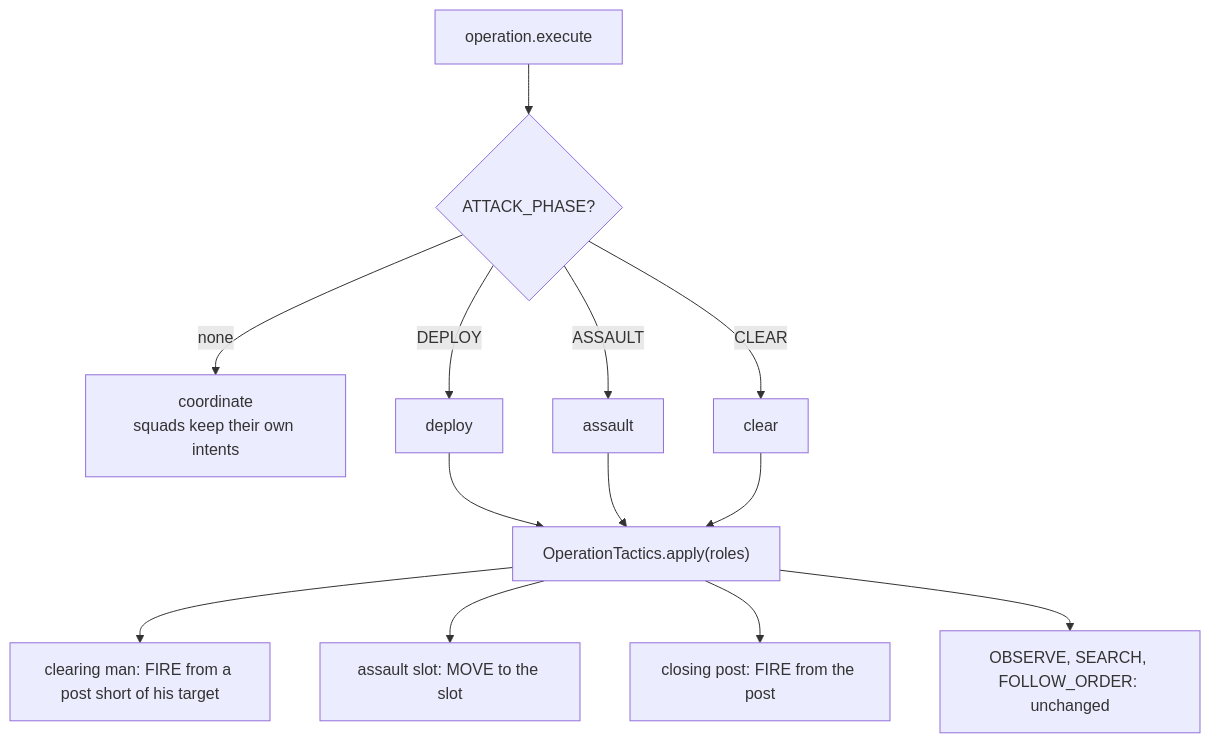
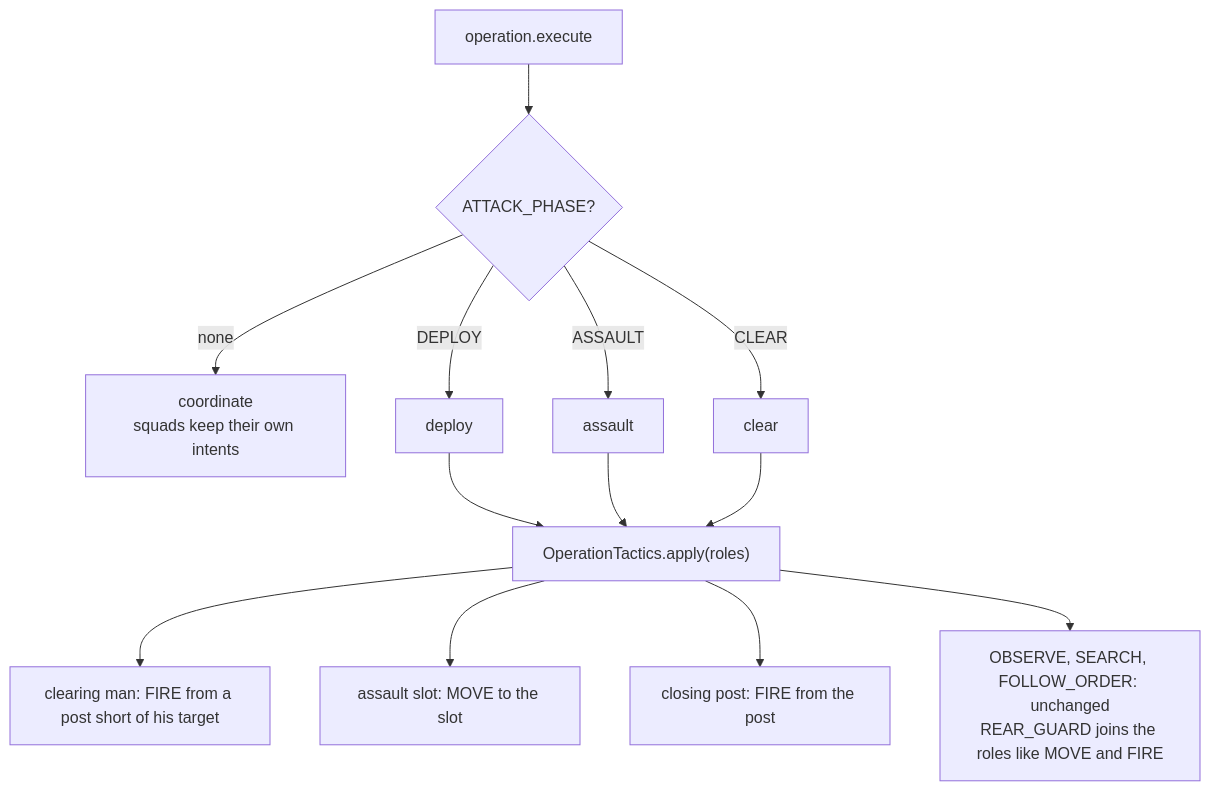
The second of 6 diagrams in docs/HTN-DIAGRAMS.md (fr3ddy-fryd3/sbw-npc), drawn with Mermaid before and after one commit. The commit also changed other lines of this file, not shown here.

First line of the commit message:
docs: add scores, phase guards and follow details the HTN review found missing

````diff
--- a/docs/HTN-DIAGRAMS.md
+++ b/docs/HTN-DIAGRAMS.md
@@ -30,13 +30,13 @@
 ```mermaid
 flowchart TD
     E["operation.execute"] --> C{"ATTACK_PHASE?"}
     C -->|none| CO["coordinate<br/>squads keep their own intents"]
     C -->|DEPLOY| D["deploy"]
     C -->|ASSAULT| A["assault"]
     C -->|CLEAR| CL["clear"]
     D & A & CL --> R["OperationTactics.apply(roles)"]
     R --> R1["clearing man: FIRE from a post short of his target"]
     R --> R2["assault slot: MOVE to the slot"]
     R --> R3["closing post: FIRE from the post"]
-    R --> R4["OBSERVE, SEARCH, FOLLOW_ORDER: unchanged"]
+    R --> R4["OBSERVE, SEARCH, FOLLOW_ORDER: unchanged<br/>REAR_GUARD joins the roles like MOVE and FIRE"]
 ```
````
